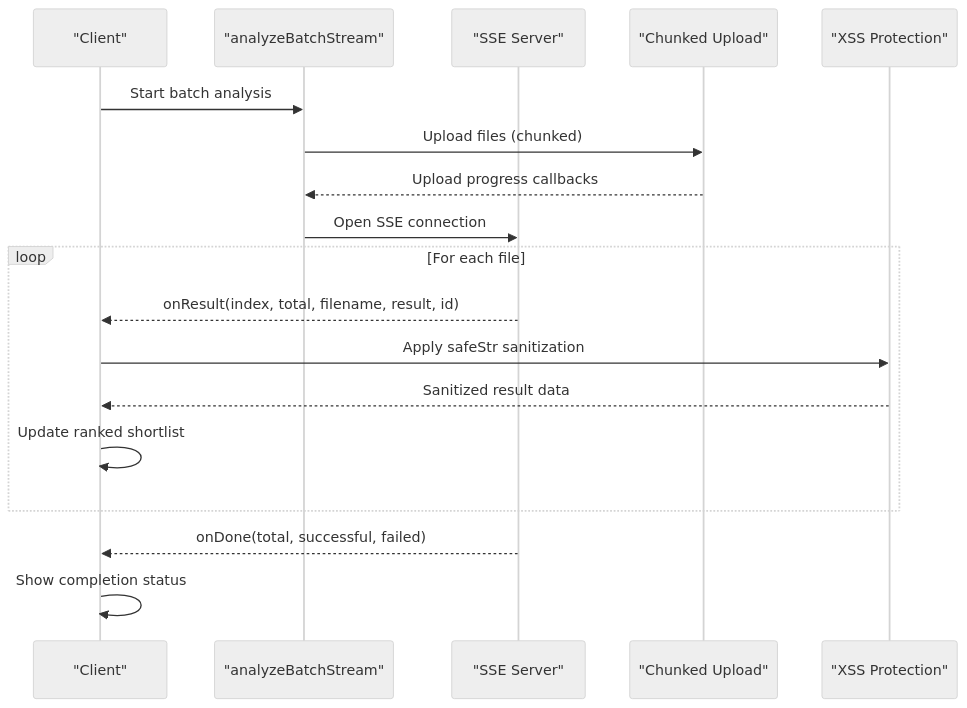
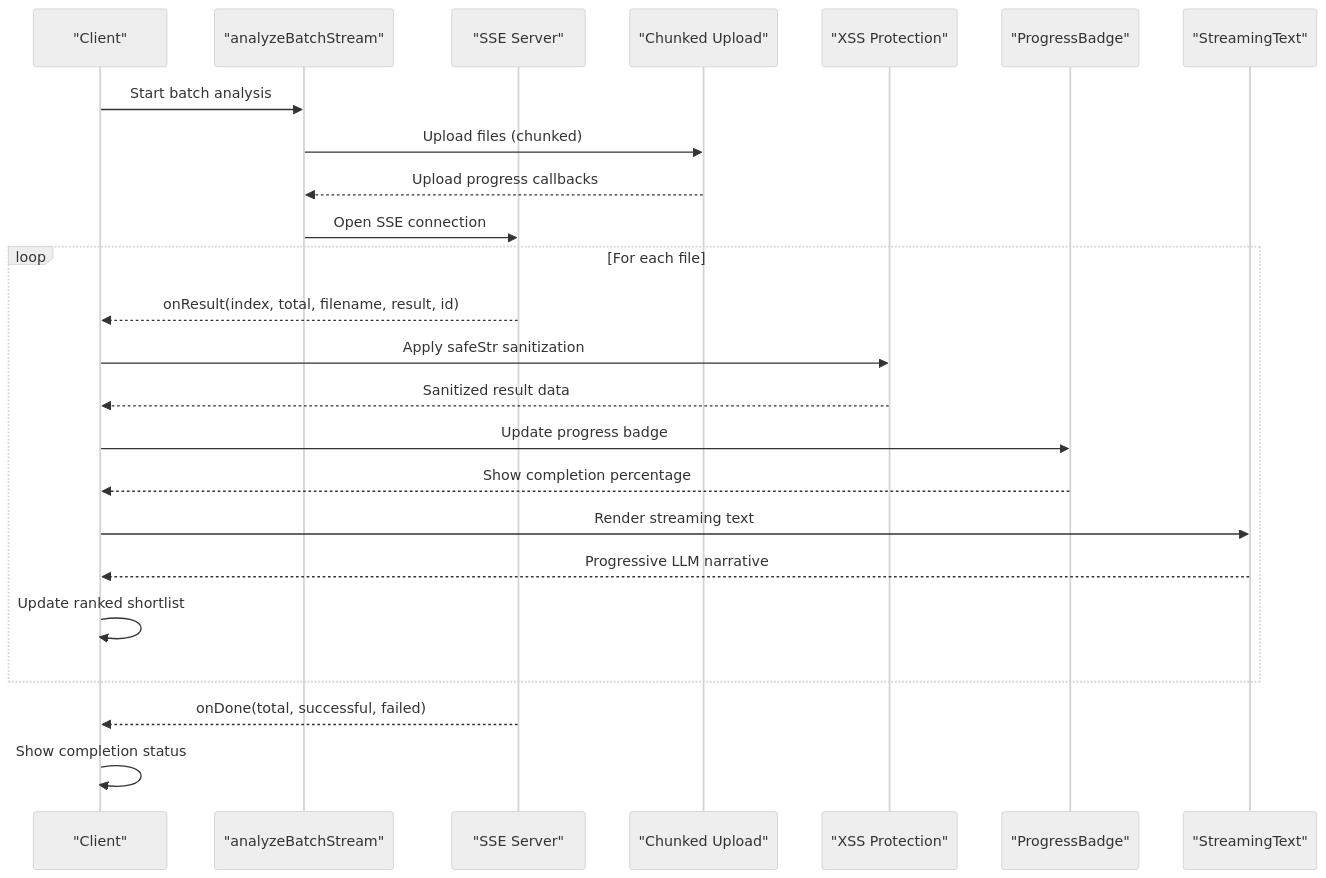
Diagram 26 of 45 in .qoder/repowiki/en/content/Frontend Architecture/Frontend Architecture.md (Revanththetalogics/aireume), drawn with Mermaid (neutral theme) before and after one commit. The commit also changed other lines of this file and 14 other files, not shown here.

````diff
--- a/.qoder/repowiki/en/content/Frontend Architecture/Frontend Architecture.md
+++ b/.qoder/repowiki/en/content/Frontend Architecture/Frontend Architecture.md
@@ -640,20 +1340,26 @@
 ```mermaid
 sequenceDiagram
 participant Client as "Client"
 participant API as "analyzeBatchStream"
 participant SSE as "SSE Server"
 participant Upload as "Chunked Upload"
 participant SEC as "XSS Protection"
+participant PB as "ProgressBadge"
+participant ST as "StreamingText"
 Client->>API : Start batch analysis
 API->>Upload : Upload files (chunked)
 Upload-->>API : Upload progress callbacks
 API->>SSE : Open SSE connection
 loop For each file
 SSE-->>Client : onResult(index, total, filename, result, id)
 Client->>SEC : Apply safeStr sanitization
 SEC-->>Client : Sanitized result data
+Client->>PB : Update progress badge
+PB-->>Client : Show completion percentage
+Client->>ST : Render streaming text
+ST-->>Client : Progressive LLM narrative
 Client->>Client : Update ranked shortlist
 end
 SSE-->>Client : onDone(total, successful, failed)
 Client->>Client : Show completion status
 ```
````
